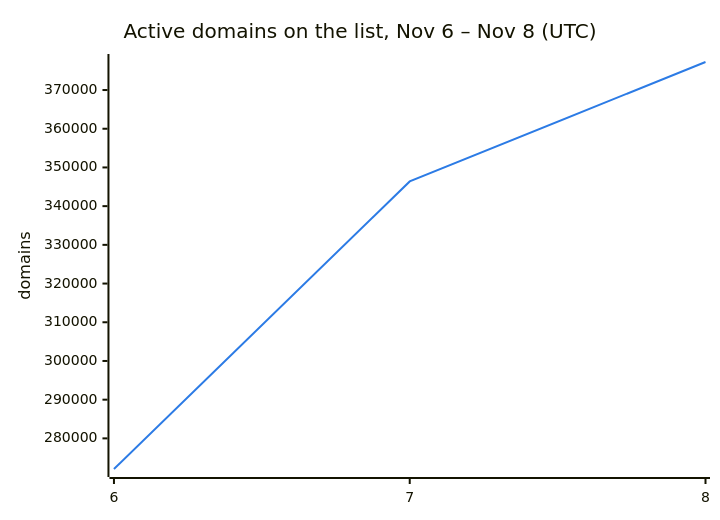
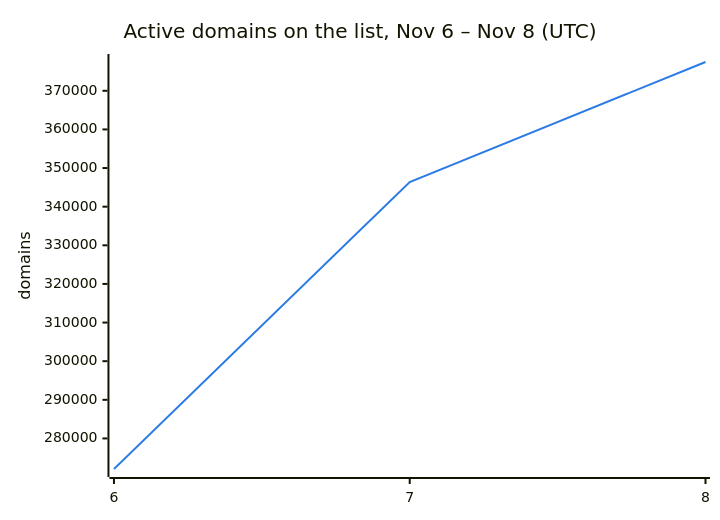
One commit to DNSBunker/CTI changed the second of 3 diagrams in README.md. Above: the diagram before and after it, drawn with Mermaid. The commit also changed other lines of this file and 3 other files, not shown here.

````diff
--- a/README.md
+++ b/README.md
@@ -38,8 +38,8 @@
 ```mermaid
 %%{init: {"themeVariables": {"xyChart": {"plotColorPalette": "#2c7be5"}}}}%%
 xychart-beta
     title "Active domains on the list, Nov 6 – Nov 8 (UTC)"
     x-axis ["6", "7", "8"]
     y-axis "domains"
-    line [272088, 346388, 377243]
+    line [272088, 346388, 377456]
 ```
````
